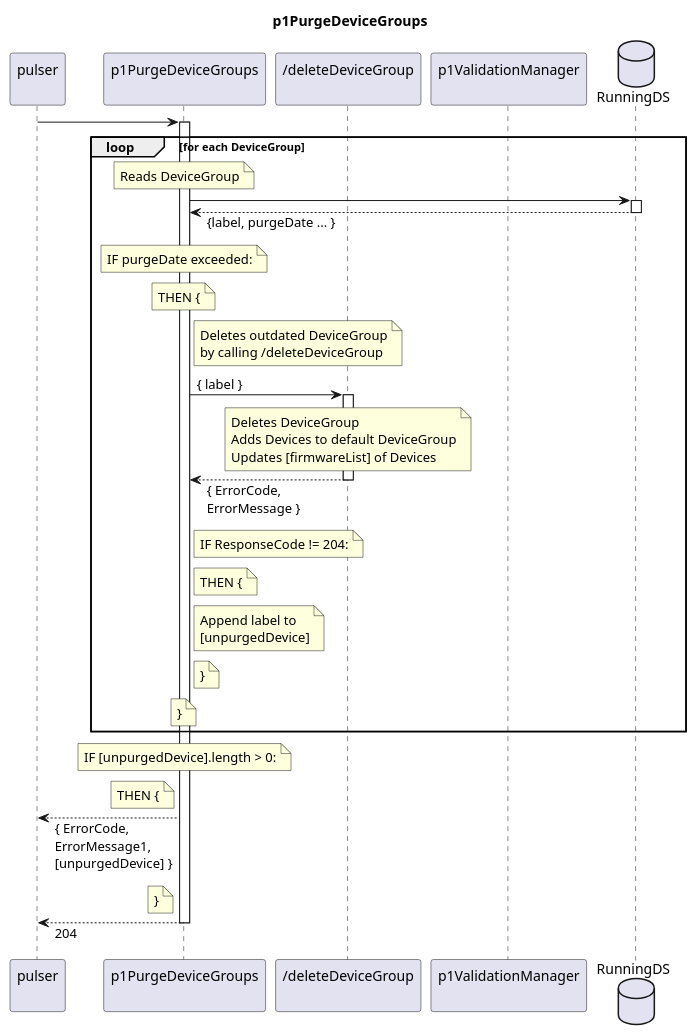
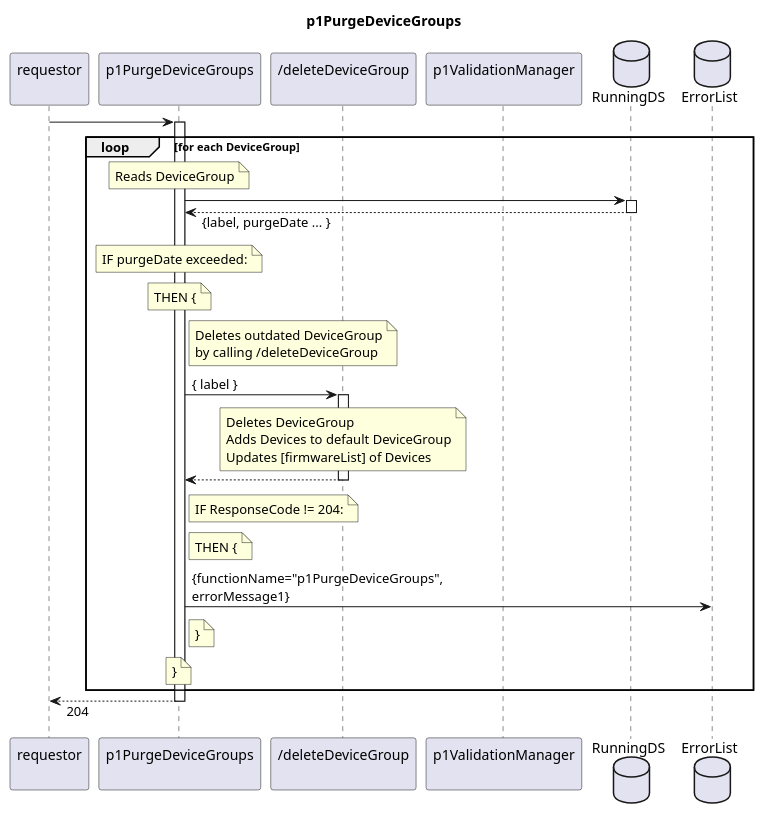
The diagram in spec/Functions/Interpretation/p1PurgeDeviceGroups/1.0.0/p1PurgeDeviceGroup.plantuml (openBackhaul/FirmWareManager), drawn with PlantUML before and after one commit. The commit also changed 32 other files, not shown here.

Commit message:
Finalize sequence diagram of InterpretationFunctions

```diff
--- a/spec/Functions/Interpretation/p1PurgeDeviceGroups/1.0.0/p1PurgeDeviceGroup.plantuml
+++ b/spec/Functions/Interpretation/p1PurgeDeviceGroups/1.0.0/p1PurgeDeviceGroup.plantuml
@@ -1,77 +1,64 @@
 @startuml p1PurgeDeviceGroups
 skinparam responseMessageBelowArrow true
 
 title
   p1PurgeDeviceGroups
 end title
 
-participant "pulser\n" as requestor
+participant "requestor\n" as requestor
 participant "p1PurgeDeviceGroups\n" as indServ
 participant "/deleteDeviceGroup\n" as delGroup
 participant "p1ValidationManager\n" as valiMan
 database "RunningDS" as RunDS
+database "ErrorList" as hEL
 
 requestor -> indServ
 activate indServ
 
   loop for each DeviceGroup
     note over indServ
       Reads DeviceGroup
     end note
     indServ -> RunDS
     activate RunDS
     indServ <-- RunDS: {label, purgeDate ... }
     deactivate RunDS
     note over indServ
       IF purgeDate exceeded:
     end note
     note over indServ
       THEN {
     end note
   note right indServ
     Deletes outdated DeviceGroup
     by calling /deleteDeviceGroup
   end note
     indServ -> delGroup: { label }
     activate delGroup
       note over delGroup
         Deletes DeviceGroup
         Adds Devices to default DeviceGroup
         Updates [firmwareList] of Devices
       end note
-    indServ <-- delGroup: { ErrorCode,\nErrorMessage }
+    indServ <-- delGroup
     deactivate delGroup
 
     note right indServ
       IF ResponseCode != 204:
     end note
     note right indServ
       THEN {
     end note
-    note right indServ
-      Append label to
-      [unpurgedDevice]
-    end note
+    indServ -> hEL: {functionName="p1PurgeDeviceGroups",\nerrorMessage1}
     note right indServ
       }
     end note
     note over indServ
       }
     end note
   end loop
 
-  note over indServ
-    IF [unpurgedDevice].length > 0:
-  end note
-  note left indServ
-    THEN {
-  end note
-  requestor <-- indServ: { ErrorCode,\nErrorMessage1,\n[unpurgedDevice] }
-  note left indServ
-    }
-  end note
-
 requestor <-- indServ: 204
 deactivate indServ
 
 @enduml
```
